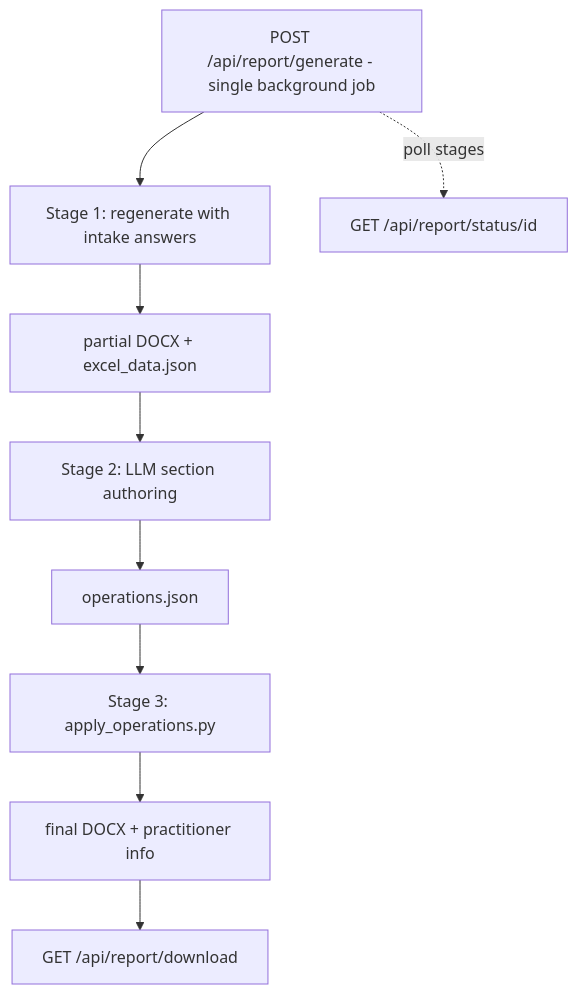
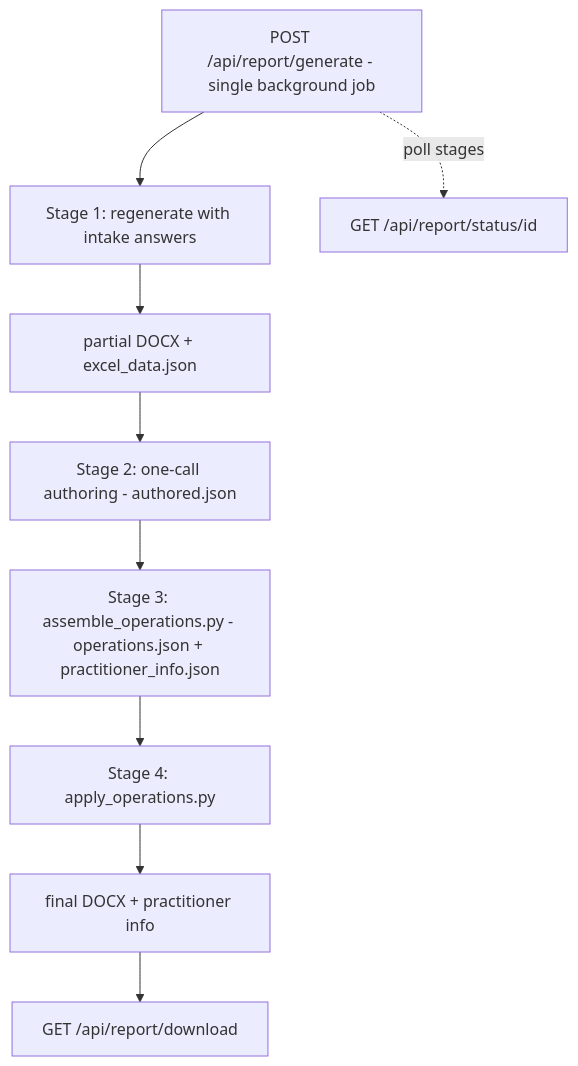
The third of 3 diagrams in docs/ai-reporting-plan.md (sshrinivasan/ebm-sst-webapp), drawn with Mermaid before and after one commit. The commit also changed other lines of this file and 39 other files, not shown here.

````diff
--- a/docs/ai-reporting-plan.md
+++ b/docs/ai-reporting-plan.md
@@ -83,11 +90,11 @@
 ```mermaid
 flowchart TD
     L[POST /api/report/generate - single background job] --> M[Stage 1: regenerate with intake answers]
     M --> N[partial DOCX + excel_data.json]
-    N --> O[Stage 2: LLM section authoring]
-    O --> P[operations.json]
-    P --> Q[Stage 3: apply_operations.py]
+    N --> O[Stage 2: one-call authoring - authored.json]
+    O --> P[Stage 3: assemble_operations.py - operations.json + practitioner_info.json]
+    P --> Q[Stage 4: apply_operations.py]
     Q --> R[final DOCX + practitioner info]
     R --> S[GET /api/report/download]
     L -.->|poll stages| T[GET /api/report/status/id]
 ```
````
